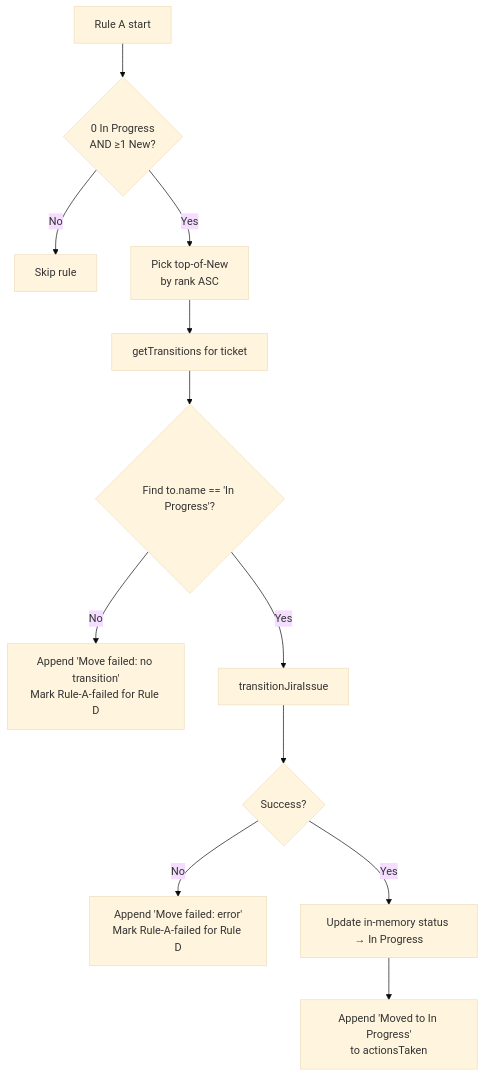
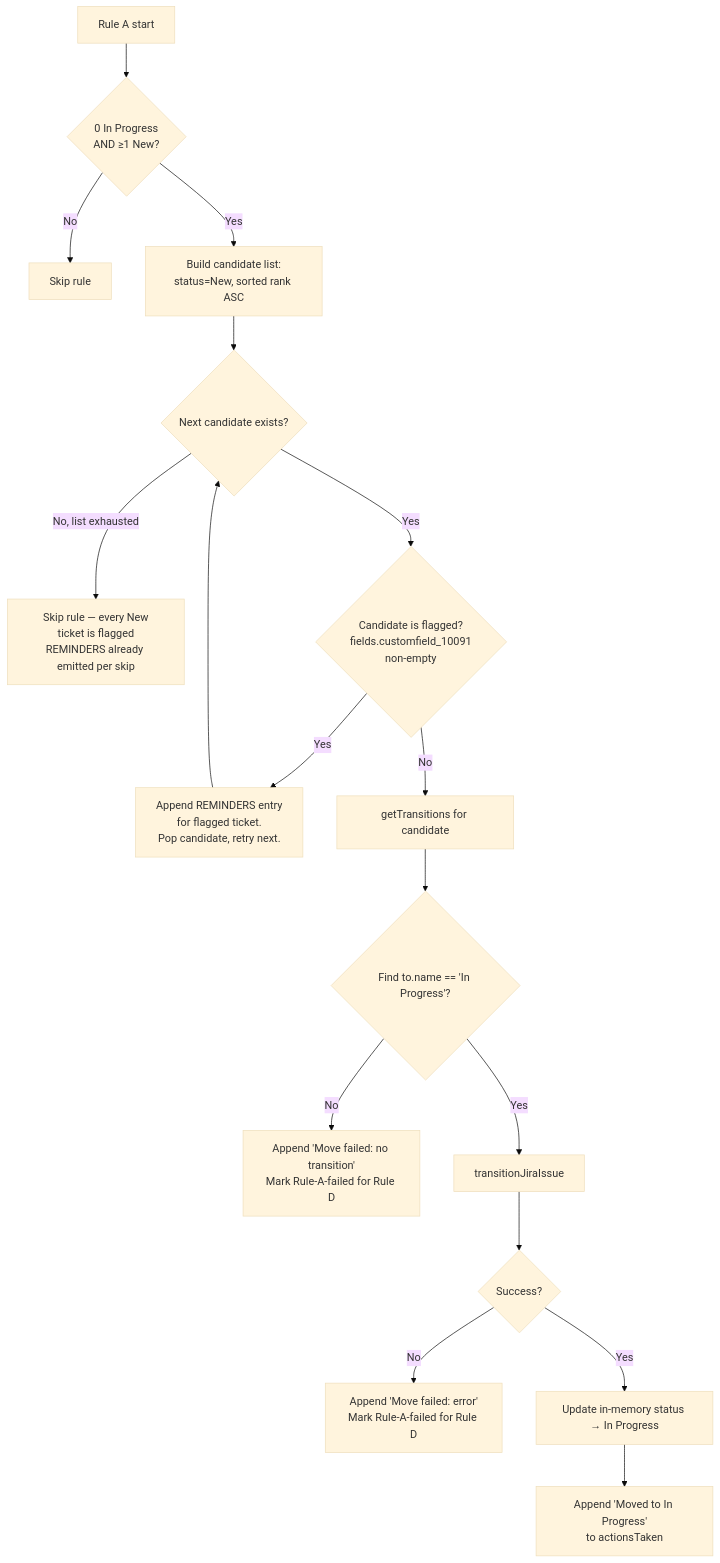
One commit to fabiano001/claude-config changed the second of 7 diagrams in skills/jira-sprint-manager/SKILL.md. Above: the diagram before and after it, drawn with Mermaid (base theme). The commit also changed other lines of this file and 17 other files, not shown here.

````diff
--- a/skills/jira-sprint-manager/SKILL.md
+++ b/skills/jira-sprint-manager/SKILL.md
@@ -73,14 +125,19 @@
 ```mermaid
 flowchart TD
     A[Rule A start] --> B{0 In Progress<br/>AND ≥1 New?}
     B -->|No| Z[Skip rule]
-    B -->|Yes| C[Pick top-of-New<br/>by rank ASC]
-    C --> D[getTransitions for ticket]
+    B -->|Yes| C[Build candidate list:<br/>status=New, sorted rank ASC]
+    C --> FF{Next candidate exists?}
+    FF -->|No, list exhausted| Y[Skip rule — every New<br/>ticket is flagged<br/>REMINDERS already emitted per skip]
+    FF -->|Yes| FL{Candidate is flagged?<br/>fields.customfield_10091<br/>non-empty}
+    FL -->|Yes| FS[Append REMINDERS entry<br/>for flagged ticket.<br/>Pop candidate, retry next.]
+    FS --> FF
+    FL -->|No| D[getTransitions for candidate]
     D --> E{Find to.name == 'In Progress'?}
     E -->|No| F[Append 'Move failed: no transition'<br/>Mark Rule-A-failed for Rule D]
     E -->|Yes| G[transitionJiraIssue]
     G --> H{Success?}
     H -->|No| I[Append 'Move failed: error'<br/>Mark Rule-A-failed for Rule D]
     H -->|Yes| J[Update in-memory status → In Progress]
     J --> K[Append 'Moved to In Progress'<br/>to actionsTaken]
 ```
````
